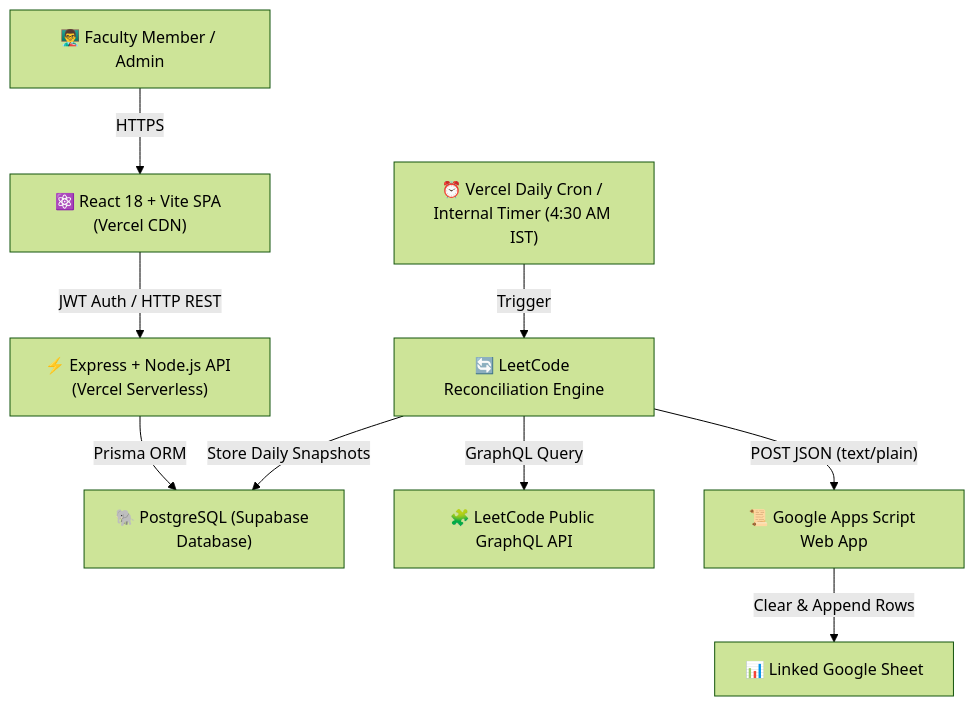
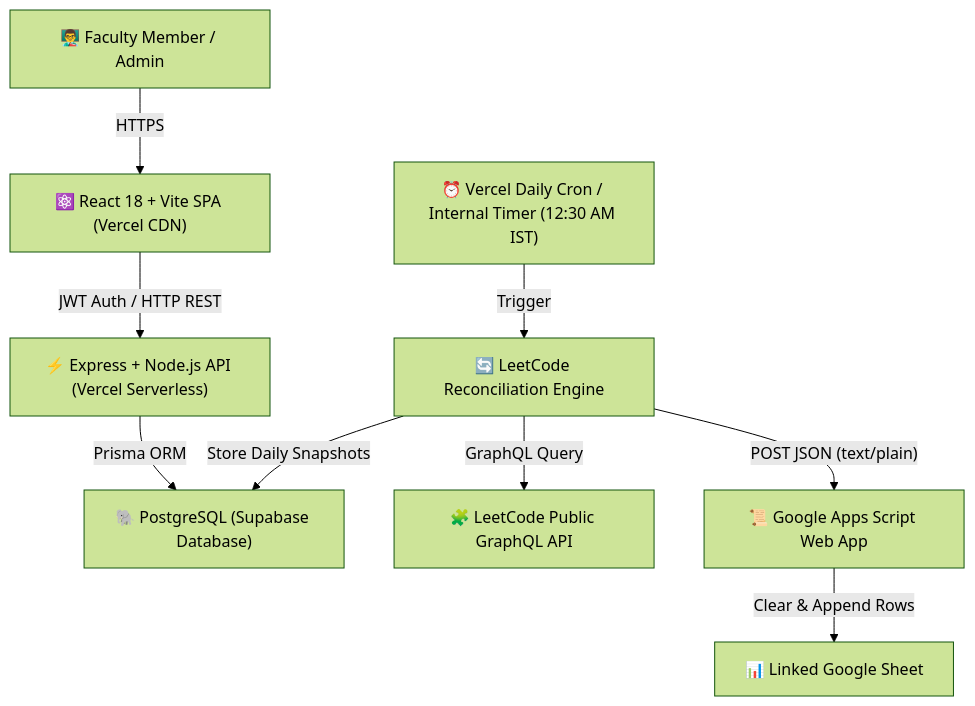
One commit to Chandru9842/coding-progress-tracker changed the diagram in README.md. Above: the diagram before and after it, drawn with Mermaid (forest theme). The commit also changed other lines of this file and 3 other files, not shown here.

Commit message:
chore(cron): set daily auto-sync schedule to 12:30 AM IST indefinitely

````diff
--- a/README.md
+++ b/README.md
@@ -29,12 +29,12 @@
 ```mermaid
 graph TD
     User["👨‍🏫 Faculty Member / Admin"] -->|HTTPS| Frontend["⚛️ React 18 + Vite SPA (Vercel CDN)"]
     Frontend -->|JWT Auth / HTTP REST| Backend["⚡ Express + Node.js API (Vercel Serverless)"]
     Backend -->|Prisma ORM| Database["🐘 PostgreSQL (Supabase Database)"]
     
-    Cron["⏰ Vercel Daily Cron / Internal Timer (4:30 AM IST)"] -->|Trigger| ReconcileEngine["🔄 LeetCode Reconciliation Engine"]
+    Cron["⏰ Vercel Daily Cron / Internal Timer (12:30 AM IST)"] -->|Trigger| ReconcileEngine["🔄 LeetCode Reconciliation Engine"]
     ReconcileEngine -->|GraphQL Query| LeetCode["🧩 LeetCode Public GraphQL API"]
     ReconcileEngine -->|Store Daily Snapshots| Database
     ReconcileEngine -->|"POST JSON (text/plain)"| AppsScript["📜 Google Apps Script Web App"]
     AppsScript -->|Clear & Append Rows| GoogleSheet["📊 Linked Google Sheet"]
 ```
````
